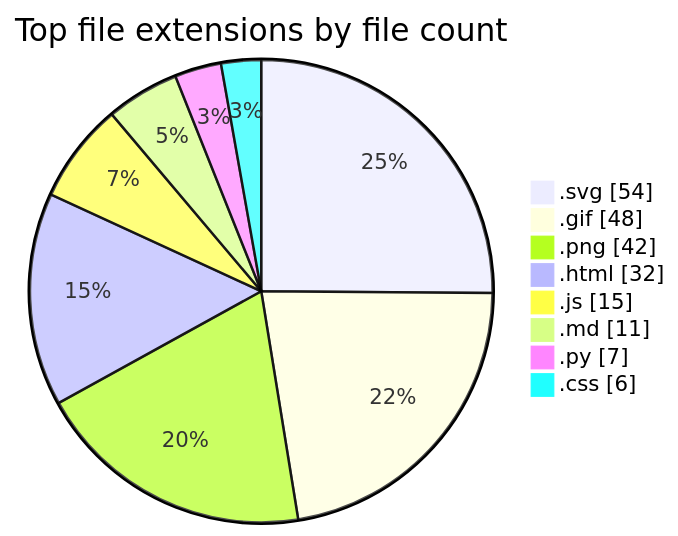
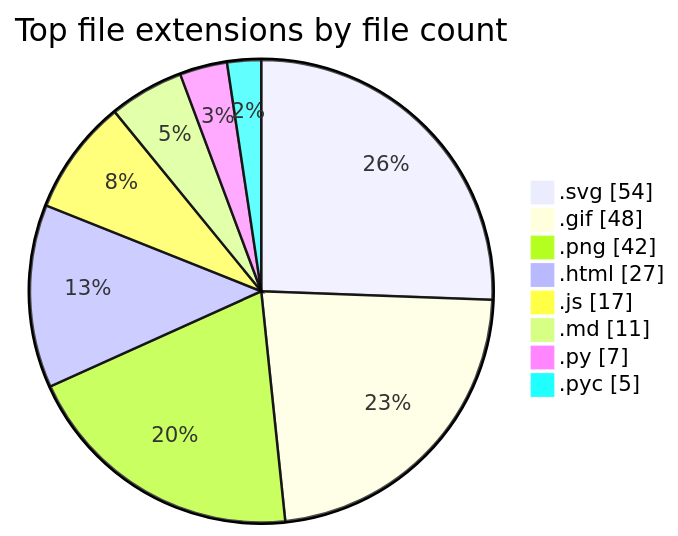
One commit to tchinso/tchinso changed the second of 2 diagrams in README.md. Above: the diagram before and after it, drawn with Mermaid. The commit also changed other lines of this file, not shown here.

````diff
--- a/README.md
+++ b/README.md
@@ -55,12 +50,12 @@
 ```mermaid
 pie showData
     title Top file extensions by file count
     ".svg" : 54
     ".gif" : 48
     ".png" : 42
-    ".html" : 32
-    ".js" : 15
+    ".html" : 27
+    ".js" : 17
     ".md" : 11
     ".py" : 7
-    ".css" : 6
+    ".pyc" : 5
 ```
````
